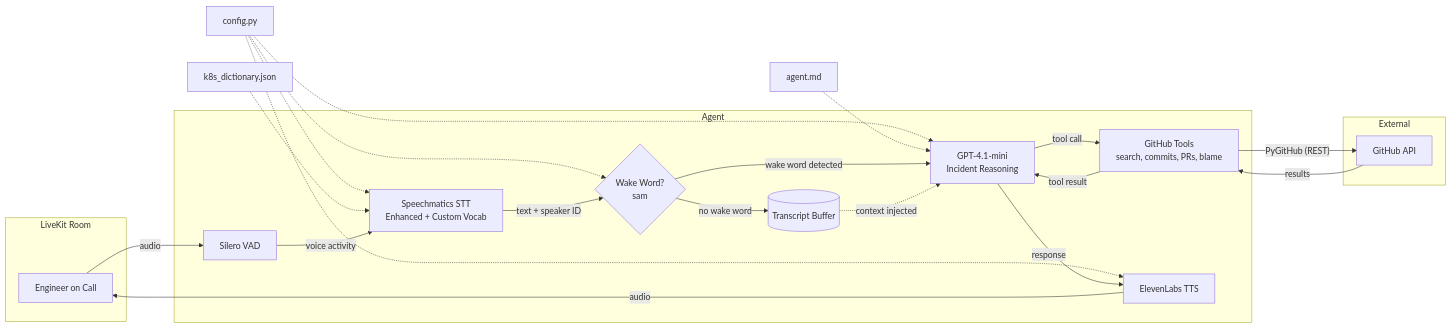
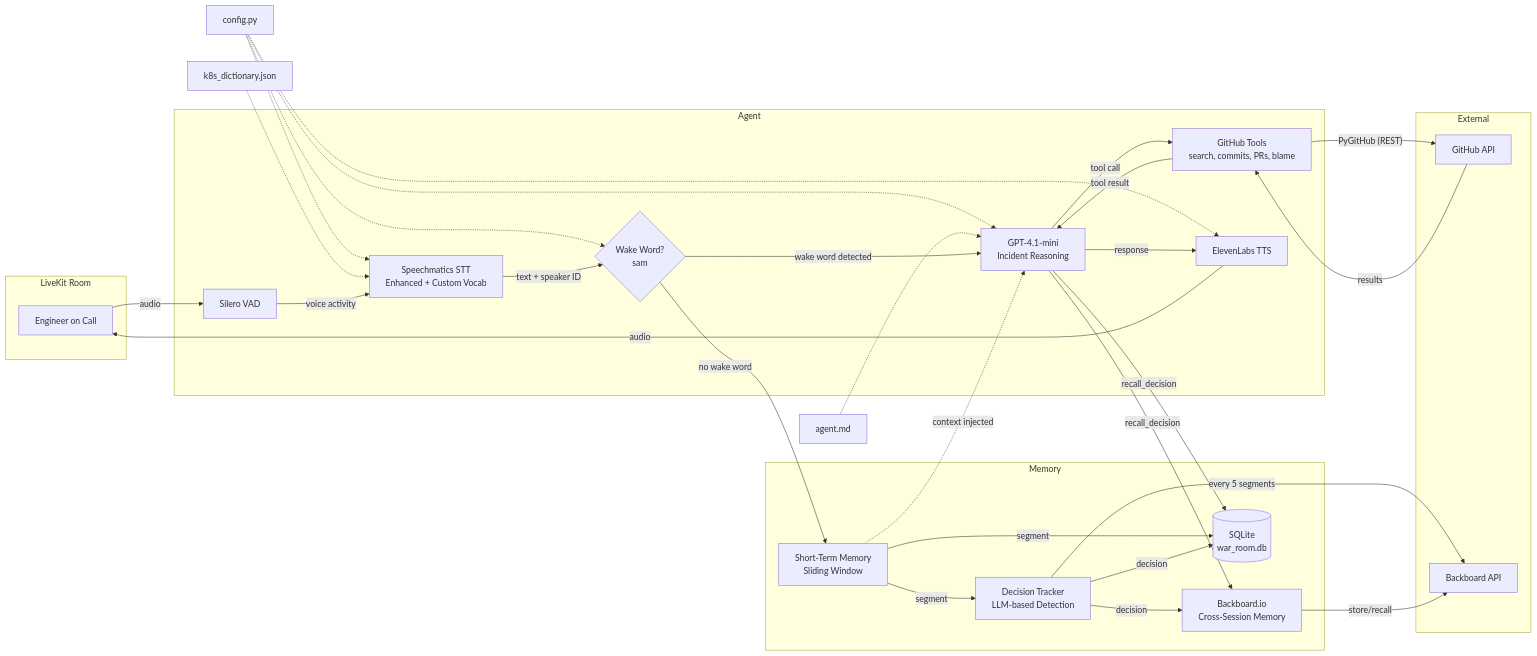
The diagram in docs/architecture.md (nishuastic/war-room-copilot), drawn with Mermaid before and after one commit. The commit also changed other lines of this file and 16 other files, not shown here.

First line of the commit message:
feat: Stage 3 — Memory + Decision Tracking

````diff
--- a/docs/architecture.md
+++ b/docs/architecture.md
@@ -7,40 +7,55 @@
 ```mermaid
 flowchart LR
     subgraph LiveKit Room
         User[Engineer on Call]
     end
 
     subgraph Agent
         VAD[Silero VAD]
         STT[Speechmatics STT<br/>Enhanced + Custom Vocab]
         WW{Wake Word?<br/>sam}
-        Buffer[(Transcript Buffer)]
         LLM[GPT-4.1-mini<br/>Incident Reasoning]
         Tools[GitHub Tools<br/>search, commits, PRs, blame]
         TTS[ElevenLabs TTS]
     end
 
+    subgraph Memory
+        STM[Short-Term Memory<br/>Sliding Window]
+        LTM[Backboard.io<br/>Cross-Session Memory]
+        DT[Decision Tracker<br/>LLM-based Detection]
+        DB[(SQLite<br/>war_room.db)]
+    end
+
     subgraph External
         GH[GitHub API]
+        BB[Backboard API]
     end
 
     Config[config.py] -.-> STT
     Config -.-> LLM
     Config -.-> TTS
     Config -.-> WW
     Dict[k8s_dictionary.json] -.-> STT
     Prompt[agent.md] -.-> LLM
 
     User -- audio --> VAD
     VAD -- voice activity --> STT
     STT -- text + speaker ID --> WW
-    WW -- "no wake word" --> Buffer
+    WW -- "no wake word" --> STM
     WW -- "wake word detected" --> LLM
-    Buffer -. "context injected" .-> LLM
+    STM -. "context injected" .-> LLM
+    STM -- segment --> DB
+    STM -- segment --> DT
+    DT -- "every 5 segments" --> BB
+    DT -- decision --> DB
+    DT -- decision --> LTM
+    LTM -- store/recall --> BB
     LLM -- "tool call" --> Tools
+    LLM -- "recall_decision" --> DB
+    LLM -- "recall_decision" --> LTM
     Tools -- "PyGitHub (REST)" --> GH
     GH -- results --> Tools
     Tools -- "tool result" --> LLM
     LLM -- response --> TTS
     TTS -- audio --> User
 ```
````
